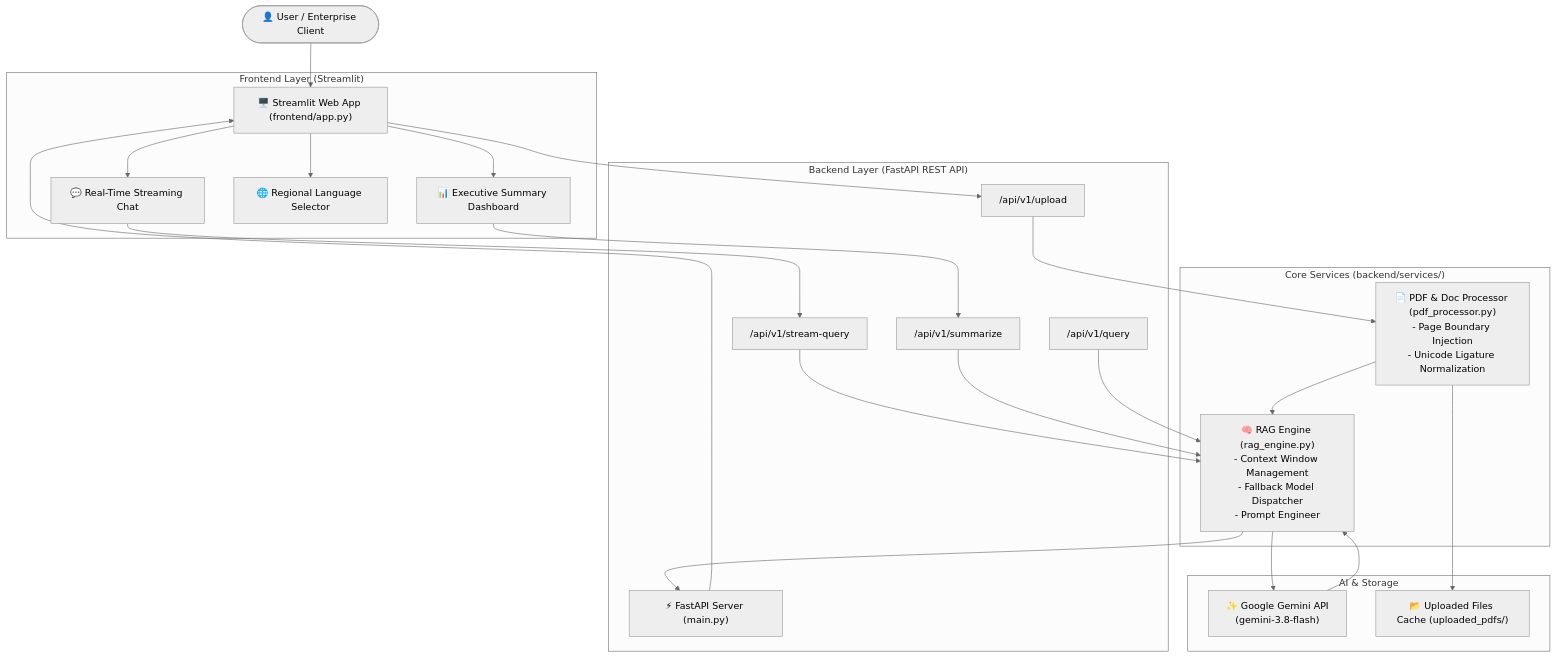
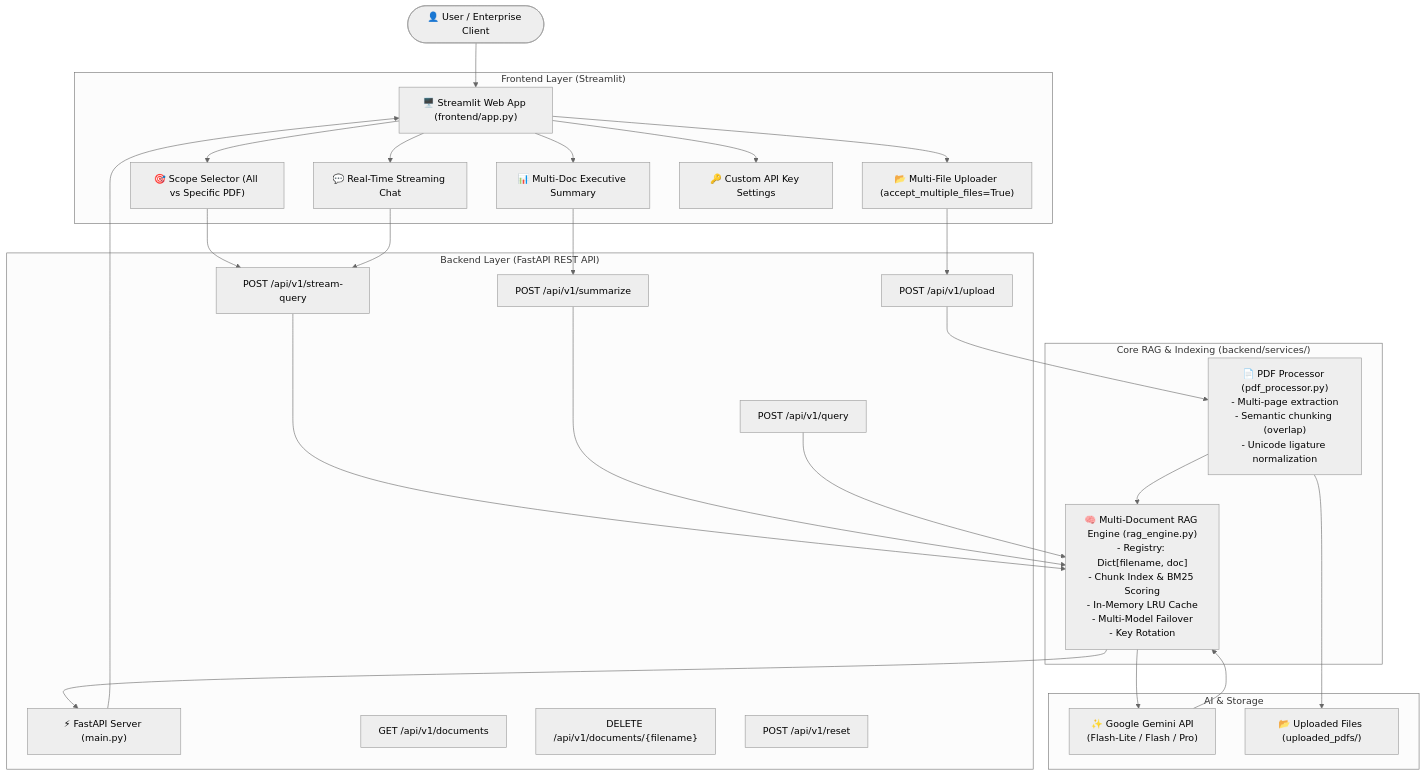
Before and after one commit to adarshprabhakar175-king/Omnidoc-ai: the diagram in README.md, drawn with Mermaid (neutral theme). The commit also changed other lines of this file and 11 other files, not shown here.

````diff
--- a/README.md
+++ b/README.md
@@ -21,48 +26,54 @@
 ```mermaid
 flowchart TD
     User([👤 User / Enterprise Client])
 
     subgraph Frontend ["Frontend Layer (Streamlit)"]
         UI["🖥️ Streamlit Web App (frontend/app.py)"]
+        UploadWidget["📂 Multi-File Uploader (accept_multiple_files=True)"]
         Chat["💬 Real-Time Streaming Chat"]
-        Summ["📊 Executive Summary Dashboard"]
-        Lang["🌐 Regional Language Selector"]
+        Summ["📊 Multi-Doc Executive Summary"]
+        Scope["🎯 Scope Selector (All vs Specific PDF)"]
+        KeyInput["🔑 Custom API Key Settings"]
     end
 
     subgraph Backend ["Backend Layer (FastAPI REST API)"]
         API["⚡ FastAPI Server (main.py)"]
-        UploadEP["/api/v1/upload"]
-        StreamEP["/api/v1/stream-query"]
-        QueryEP["/api/v1/query"]
-        SummaryEP["/api/v1/summarize"]
+        UploadEP["POST /api/v1/upload"]
+        DocsEP["GET /api/v1/documents"]
+        DelEP["DELETE /api/v1/documents/{filename}"]
+        StreamEP["POST /api/v1/stream-query"]
+        QueryEP["POST /api/v1/query"]
+        SummaryEP["POST /api/v1/summarize"]
+        ResetEP["POST /api/v1/reset"]
     end
 
-    subgraph CoreServices ["Core Services (backend/services/)"]
-        Parser["📄 PDF & Doc Processor (pdf_processor.py)\n- Page Boundary Injection\n- Unicode Ligature Normalization"]
-        Engine["🧠 RAG Engine (rag_engine.py)\n- Context Window Management\n- Fallback Model Dispatcher\n- Prompt Engineer"]
+    subgraph CoreServices ["Core RAG & Indexing (backend/services/)"]
+        Processor["📄 PDF Processor (pdf_processor.py)\n- Multi-page extraction\n- Semantic chunking (overlap)\n- Unicode ligature normalization"]
+        RAGEngine["🧠 Multi-Document RAG Engine (rag_engine.py)\n- Registry: Dict[filename, doc]\n- Chunk Index & BM25 Scoring\n- In-Memory LRU Cache\n- Multi-Model Failover\n- Key Rotation"]
     end
 
     subgraph External ["AI & Storage"]
-        Gemini["✨ Google Gemini API\n(gemini-3.8-flash)"]
-        Storage["📂 Uploaded Files Cache (uploaded_pdfs/)"]
+        Gemini["✨ Google Gemini API\n(Flash-Lite / Flash / Pro)"]
+        Storage["📂 Uploaded Files (uploaded_pdfs/)"]
     end
 
     User --> UI
-    UI --> Chat & Summ & Lang
+    UI --> UploadWidget & Chat & Summ & Scope & KeyInput
+    UploadWidget --> UploadEP
+    Scope --> StreamEP
     Chat --> StreamEP
     Summ --> SummaryEP
-    UI --> UploadEP
 
-    UploadEP --> Parser
-    Parser --> Storage
-    Parser --> Engine
+    UploadEP --> Processor
+    Processor --> Storage
+    Processor --> RAGEngine
 
-    StreamEP --> Engine
-    SummaryEP --> Engine
-    QueryEP --> Engine
+    StreamEP --> RAGEngine
+    SummaryEP --> RAGEngine
+    QueryEP --> RAGEngine
 
-    Engine --> Gemini
-    Gemini --> Engine
-    Engine --> API
+    RAGEngine --> Gemini
+    Gemini --> RAGEngine
+    RAGEngine --> API
     API --> UI
 ```
````
